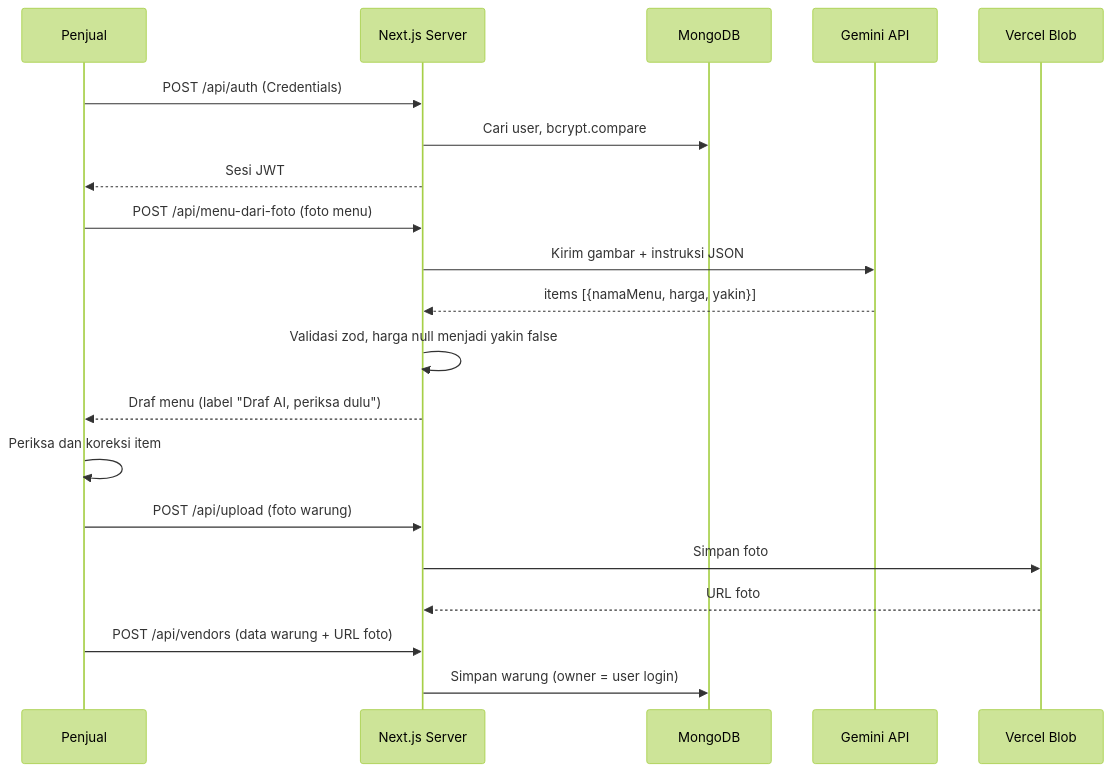
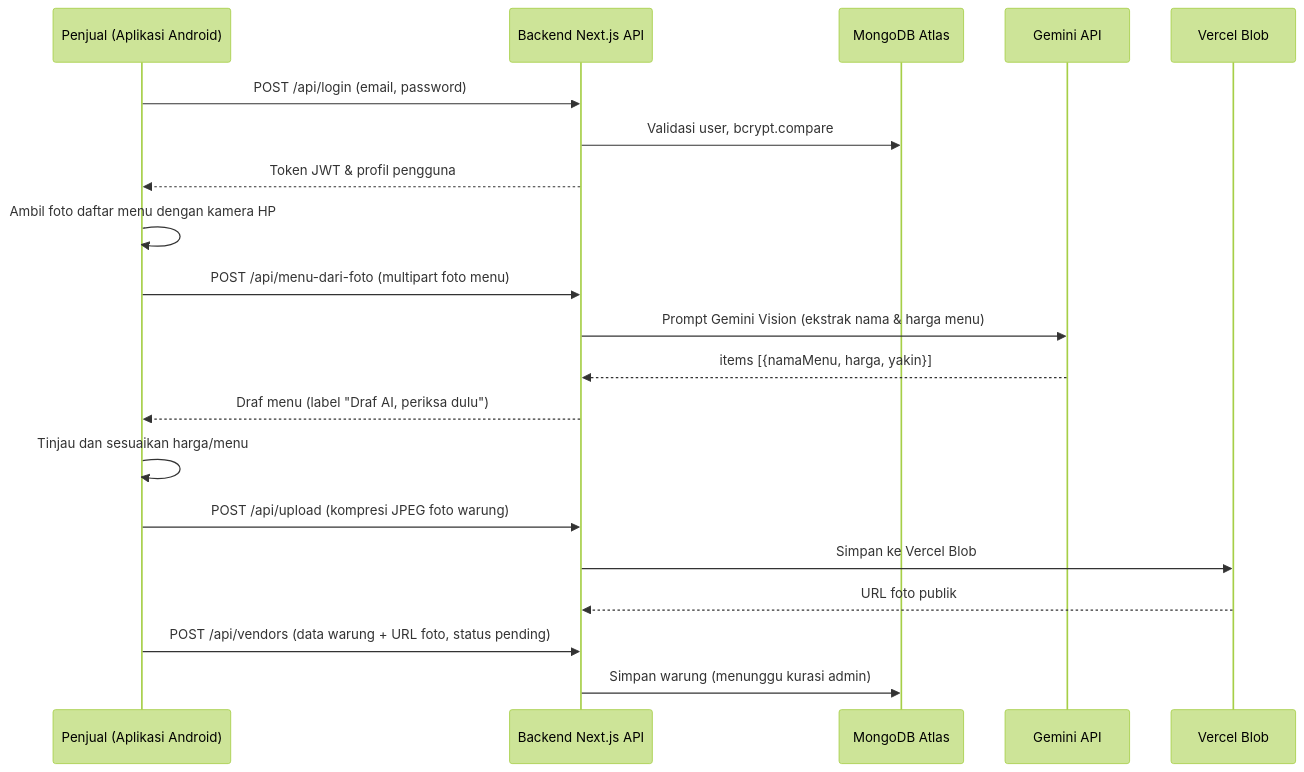
Before and after one commit to nikd7690-ops/web-cari-jajan: the third of 3 diagrams in README.md, drawn with Mermaid (forest theme). The commit also changed other lines of this file, not shown here.

Commit message:
docs: update project identity and system architecture to mobile application

````diff
--- a/README.md
+++ b/README.md
@@ -190,23 +194,23 @@
 ```mermaid
 sequenceDiagram
-  participant P as Penjual
-  participant N as Next.js Server
-  participant DB as MongoDB
+  participant P as Penjual (Aplikasi Android)
+  participant N as Backend Next.js API
+  participant DB as MongoDB Atlas
   participant G as Gemini API
   participant BL as Vercel Blob
 
-  P->>N: POST /api/auth (Credentials)
-  N->>DB: Cari user, bcrypt.compare
-  N-->>P: Sesi JWT
-  P->>N: POST /api/menu-dari-foto (foto menu)
-  N->>G: Kirim gambar + instruksi JSON
+  P->>N: POST /api/login (email, password)
+  N->>DB: Validasi user, bcrypt.compare
+  N-->>P: Token JWT & profil pengguna
+  P->>P: Ambil foto daftar menu dengan kamera HP
+  P->>N: POST /api/menu-dari-foto (multipart foto menu)
+  N->>G: Prompt Gemini Vision (ekstrak nama & harga menu)
   G-->>N: items [{namaMenu, harga, yakin}]
-  N->>N: Validasi zod, harga null menjadi yakin false
   N-->>P: Draf menu (label "Draf AI, periksa dulu")
-  P->>P: Periksa dan koreksi item
-  P->>N: POST /api/upload (foto warung)
-  N->>BL: Simpan foto
-  BL-->>N: URL foto
-  P->>N: POST /api/vendors (data warung + URL foto)
-  N->>DB: Simpan warung (owner = user login)
+  P->>P: Tinjau dan sesuaikan harga/menu
+  P->>N: POST /api/upload (kompresi JPEG foto warung)
+  N->>BL: Simpan ke Vercel Blob
+  BL-->>N: URL foto publik
+  P->>N: POST /api/vendors (data warung + URL foto, status pending)
+  N->>DB: Simpan warung (menunggu kurasi admin)
 ```
````
